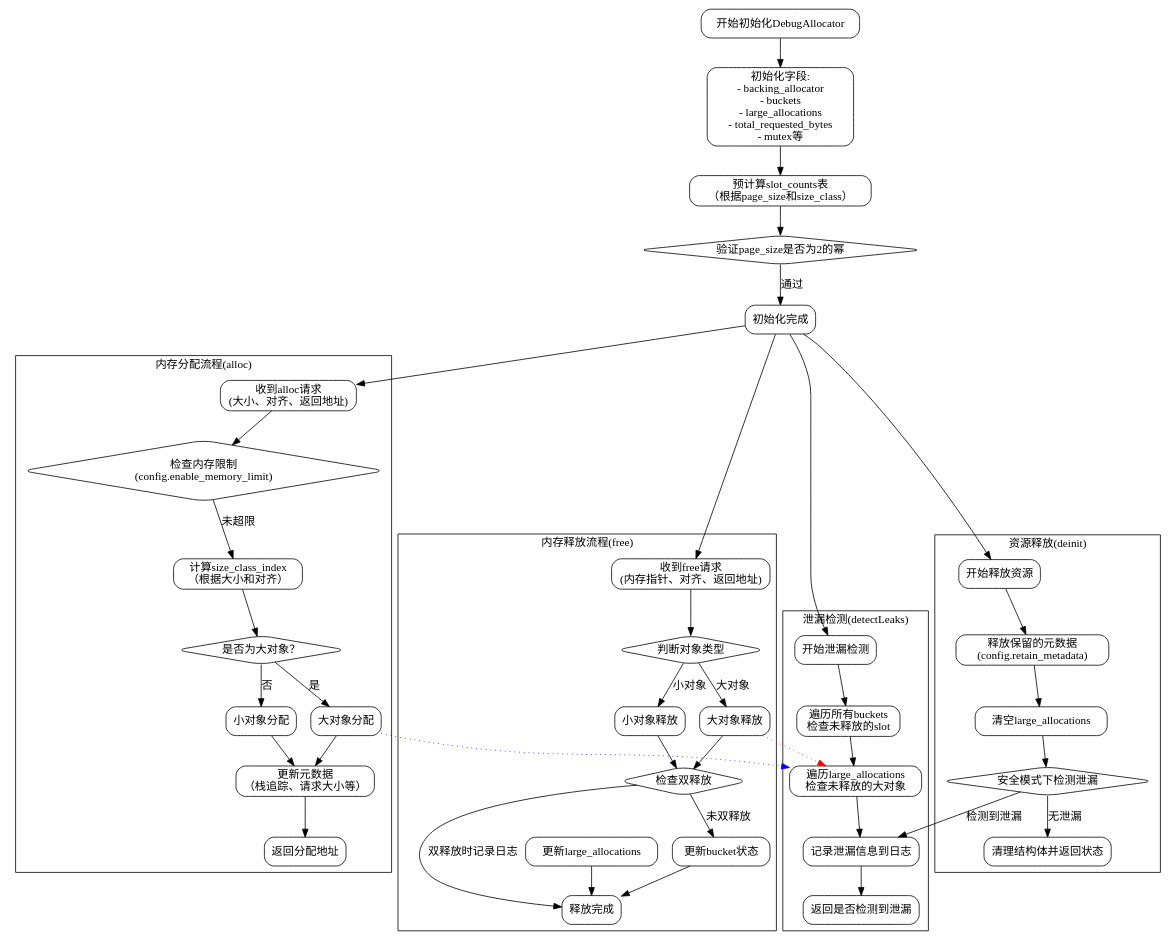
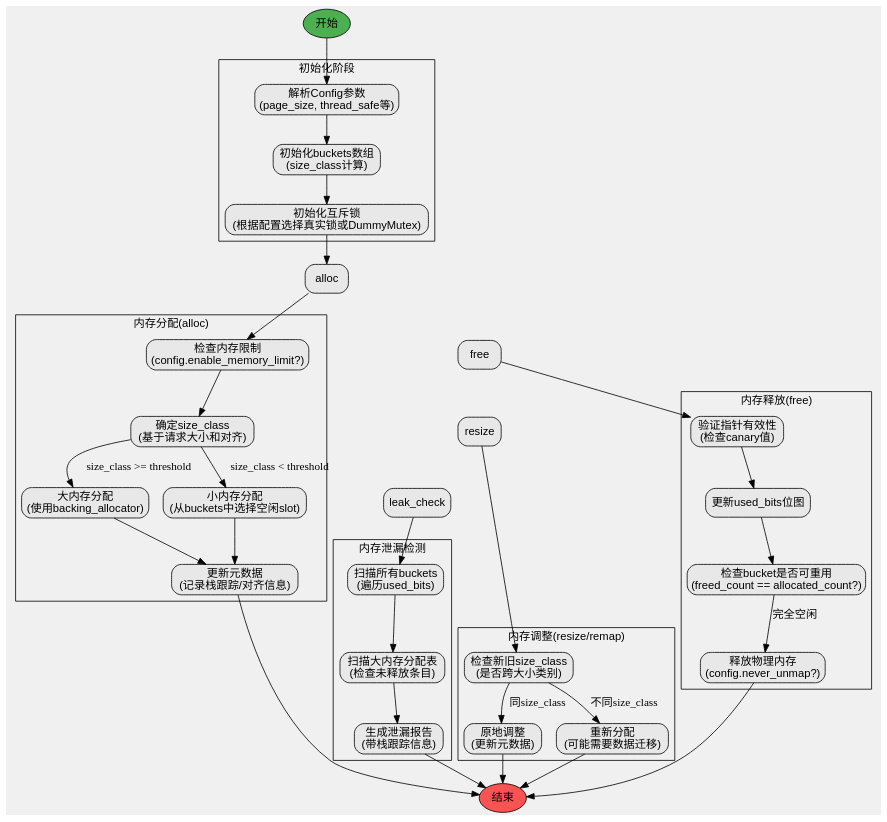
One commit to sdzx-1/deepseek-zig-reader changed the diagram in dot_std/heap/debug_allocator.zig.DebugAllocator.md. Above: the diagram before and after it, drawn with Graphviz. The commit also changed other lines of this file and 236 other files, not shown here.

````diff
--- a/dot_std/heap/debug_allocator.zig.DebugAllocator.md
+++ b/dot_std/heap/debug_allocator.zig.DebugAllocator.md
@@ -37,92 +17,76 @@
 ```dot
 digraph DebugAllocatorFlow {
-    rankdir=TB;
-    node [shape=rectangle, style=rounded];
+    graph [rankdir=TB, fontname="Arial", bgcolor="#f0f0f0"];
+    node [shape=rectangle, style="rounded,filled", fillcolor="#e8e8e8", fontname="Arial"];
 
-    start [label="开始初始化DebugAllocator"];
-    init_fields [label="初始化字段:\n- backing_allocator\n- buckets\n- large_allocations\n- total_requested_bytes\n- mutex等"];
-    init_slot_counts [label="预计算slot_counts表\n（根据page_size和size_class）"];
-    validate_page_size [label="验证page_size是否为2的幂", shape=diamond];
-    init_complete [label="初始化完成"];
+    start [label="开始", shape=ellipse, fillcolor="#4CAF50"];
+    end [label="结束", shape=ellipse, fillcolor="#FF5252"];
 
-    start -> init_fields -> init_slot_counts -> validate_page_size;
-    validate_page_size -> init_complete [label="通过"];
+    subgraph cluster_init {
+        label="初始化阶段";
+        init_config [label="解析Config参数\n(page_size, thread_safe等)"];
+        init_buckets [label="初始化buckets数组\n(size_class计算)"];
+        init_mutex [label="初始化互斥锁\n(根据配置选择真实锁或DummyMutex)"];
+    }
 
     subgraph cluster_alloc {
-        label="内存分配流程(alloc)";
-        alloc_start [label="收到alloc请求\n(大小、对齐、返回地址)"];
-        check_memory_limit [label="检查内存限制\n(config.enable_memory_limit)", shape=diamond];
-        determine_size_class [label="计算size_class_index\n（根据大小和对齐）"];
-        check_large_alloc [label="是否为大对象？", shape=diamond];
-        alloc_small [label="小对象分配"];
-        alloc_large [label="大对象分配"];
-        update_metadata [label="更新元数据\n（栈追踪、请求大小等）"];
-        return_ptr [label="返回分配地址"];
-
-        alloc_start -> check_memory_limit;
-        check_memory_limit -> determine_size_class [label="未超限"];
-        determine_size_class -> check_large_alloc;
-        check_large_alloc -> alloc_small [label="否"];
-        check_large_alloc -> alloc_large [label="是"];
-        alloc_small -> update_metadata;
-        alloc_large -> update_metadata;
-        update_metadata -> return_ptr;
+        label="内存分配(alloc)";
+        check_memory_limit [label="检查内存限制\n(config.enable_memory_limit?)"];
+        determine_size_class [label="确定size_class\n(基于请求大小和对齐)"];
+        alloc_large [label="大内存分配\n(使用backing_allocator)"];
+        alloc_small [label="小内存分配\n(从buckets中选择空闲slot)"];
+        update_metadata [label="更新元数据\n(记录栈跟踪/对齐信息)"];
     }
 
     subgraph cluster_free {
-        label="内存释放流程(free)";
-        free_start [label="收到free请求\n(内存指针、对齐、返回地址)"];
-        determine_free_class [label="判断对象类型", shape=diamond];
-        free_small [label="小对象释放"];
-        free_large [label="大对象释放"];
-        check_double_free [label="检查双释放", shape=diamond];
-        update_buckets [label="更新bucket状态"];
-        update_large_table [label="更新large_allocations"];
-        free_complete [label="释放完成"];
-
-        free_start -> determine_free_class;
-        determine_free_class -> free_small [label="小对象"];
-        determine_free_class -> free_large [label="大对象"];
-        free_small -> check_double_free;
-        check_double_free -> update_buckets [label="未双释放"];
-        free_large -> check_double_free;
-        check_double_free -> free_complete [label="双释放时记录日志"];
-        update_buckets -> free_complete;
-        update_large_table -> free_complete;
+        label="内存释放(free)";
+        validate_ptr [label="验证指针有效性\n(检查canary值)"];
+        update_bitmap [label="更新used_bits位图"];
+        check_bucket_reuse [label="检查bucket是否可重用\n(freed_count == allocated_count?)"];
+        free_backing [label="释放物理内存\n(config.never_unmap?)"];
     }
 
-    subgraph cluster_leak {
-        label="泄漏检测(detectLeaks)";
-        leak_start [label="开始泄漏检测"];
-        scan_buckets [label="遍历所有buckets\n检查未释放的slot"];
-        scan_large_allocs [label="遍历large_allocations\n检查未释放的大对象"];
-        log_leaks [label="记录泄漏信息到日志"];
-        leak_result [label="返回是否检测到泄漏"];
-
-        leak_start -> scan_buckets -> scan_large_allocs -> log_leaks -> leak_result;
+    subgraph cluster_leak_check {
+        label="内存泄漏检测";
+        scan_buckets [label="扫描所有buckets\n(遍历used_bits)"];
+        scan_large_allocs [label="扫描大内存分配表\n(检查未释放条目)"];
+        generate_report [label="生成泄漏报告\n(带栈跟踪信息)"];
     }
 
-    subgraph cluster_deinit {
-        label="资源释放(deinit)";
-        deinit_start [label="开始释放资源"];
-        free_metadata [label="释放保留的元数据\n(config.retain_metadata)"];
-        clear_large_allocs [label="清空large_allocations"];
-        check_leaks [label="安全模式下检测泄漏", shape=diamond];
-        final_cleanup [label="清理结构体并返回状态"];
-
-        deinit_start -> free_metadata -> clear_large_allocs -> check_leaks;
-        check_leaks -> final_cleanup [label="无泄漏"];
-        check_leaks -> log_leaks [label="检测到泄漏"];
+    subgraph cluster_resize {
+        label="内存调整(resize/remap)";
+        check_size_class [label="检查新旧size_class\n(是否跨大小类别)"];
+        handle_inplace [label="原地调整\n(更新元数据)"];
+        handle_relocation [label="重新分配\n(可能需要数据迁移)"];
     }
 
-    // 连接主流程
-    init_complete -> alloc_start [ltail=cluster_alloc];
-    init_complete -> free_start [ltail=cluster_free];
-    init_complete -> leak_start [ltail=cluster_leak];
-    init_complete -> deinit_start [ltail=cluster_deinit];
+    start -> init_config;
+    init_config -> init_buckets -> init_mutex;
 
-    // 跨子图连接示例
-    alloc_large -> scan_large_allocs [style=dotted, color=blue];
-    free_large -> scan_large_allocs [style=dotted, color=red];
+    init_mutex -> alloc -> check_memory_limit;
+    check_memory_limit -> determine_size_class;
+    determine_size_class -> alloc_large [label="size_class >= threshold"];
+    determine_size_class -> alloc_small [label="size_class < threshold"];
+    alloc_large -> update_metadata;
+    alloc_small -> update_metadata;
+    update_metadata -> end;
+
+    free -> validate_ptr;
+    validate_ptr -> update_bitmap -> check_bucket_reuse;
+    check_bucket_reuse -> free_backing [label="完全空闲"];
+    free_backing -> end;
+
+    leak_check -> scan_buckets -> scan_large_allocs -> generate_report -> end;
+
+    resize -> check_size_class;
+    check_size_class -> handle_inplace [label="同size_class"];
+    check_size_class -> handle_relocation [label="不同size_class"];
+    handle_inplace -> end;
+    handle_relocation -> end;
+
+    // 跨子图连接
+    alloc -> free [style=invis];
+    free -> resize [style=invis];
+    resize -> leak_check [style=invis];
 }
-```
+``` 
````
